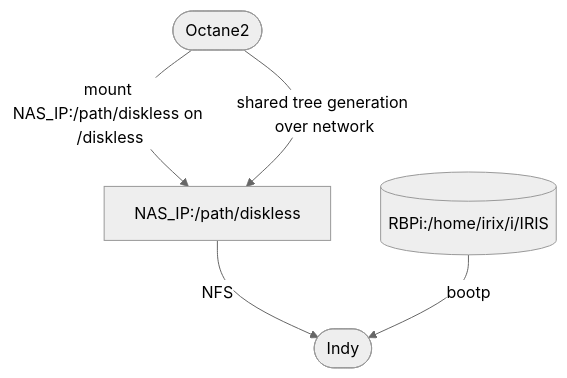
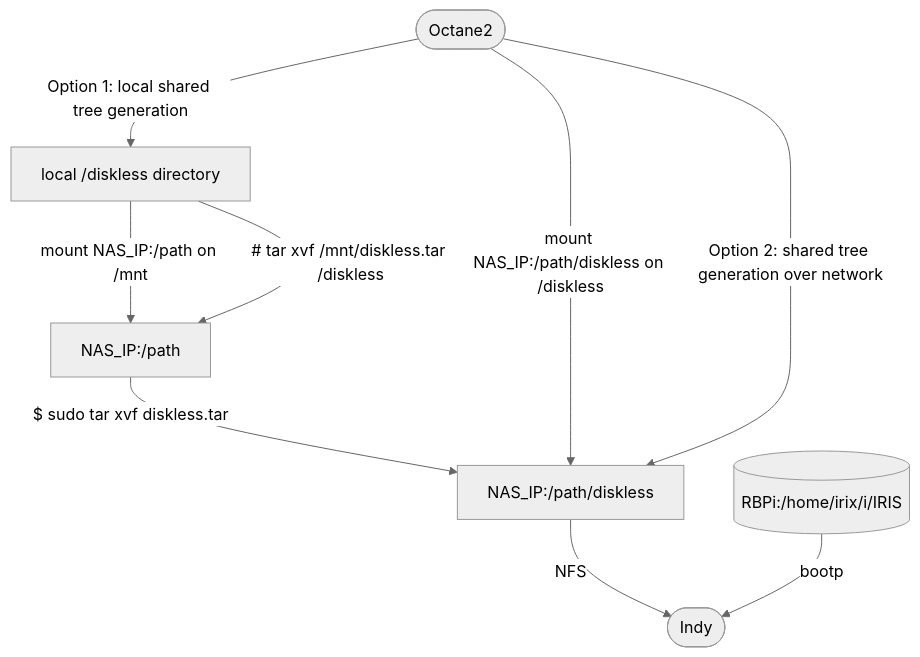
Before and after one commit to Linux-RISC/IRIX-diskless-workstation: the third of 3 diagrams in README.md, drawn with Mermaid (neutral theme). The commit also changed other lines of this file, not shown here.

````diff
--- a/README.md
+++ b/README.md
@@ -83,7 +83,10 @@
 ```mermaid
 graph TD;
+    Octane2([Octane2])--Option 1: local shared tree generation-->local_diskless[local /diskless directory]--mount NAS_IP:/path on /mnt-->C[NAS_IP:/path];
+    local_diskless[local /diskless directory]--"# tar xvf /mnt/diskless.tar /diskless"-->C[NAS_IP:/path];
+    C[NAS_IP:/path]--"$ sudo tar xvf diskless.tar"-->B[NAS_IP:/path/diskless];
     Octane2([Octane2])--mount NAS_IP:/path/diskless on /diskless-->B[NAS_IP:/path/diskless];
-    Octane2([Octane2])--shared tree generation over network-->B[NAS_IP:/path/diskless];
+    Octane2([Octane2])--Option 2: shared tree generation over network-->B[NAS_IP:/path/diskless];
     B[NAS_IP:/path/diskless]--NFS-->Indy([Indy]);
     RBPi[(RBPi:/home/irix/i/IRIS)]--bootp-->Indy([Indy]);
 ```
````
